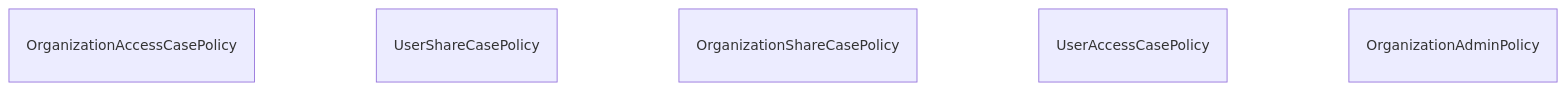
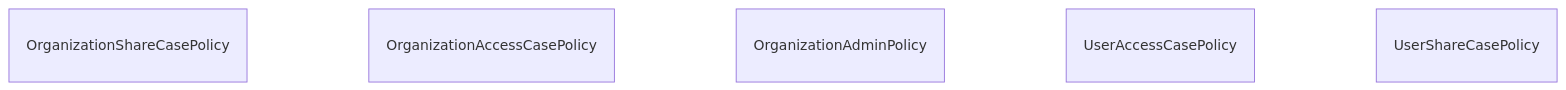
The diagram in docs/erm/casedb.abac.md (RIVM-bioinformatics/gen-epix-api), drawn with Mermaid before and after one commit. The commit also changed other lines of this file and 229 other files, not shown here.

````diff
--- a/docs/erm/casedb.abac.md
+++ b/docs/erm/casedb.abac.md
@@ -5,20 +5,20 @@
 ```mermaid
 erDiagram
     %% casedb / ABAC (simplified)
 
+    OrganizationShareCasePolicy {
+    }
+
     OrganizationAccessCasePolicy {
+    }
+
+    OrganizationAdminPolicy {
+    }
+
+    UserAccessCasePolicy {
     }
 
     UserShareCasePolicy {
     }
 
-    OrganizationShareCasePolicy {
-    }
-
-    UserAccessCasePolicy {
-    }
-
-    OrganizationAdminPolicy {
-    }
-
 ```
````
